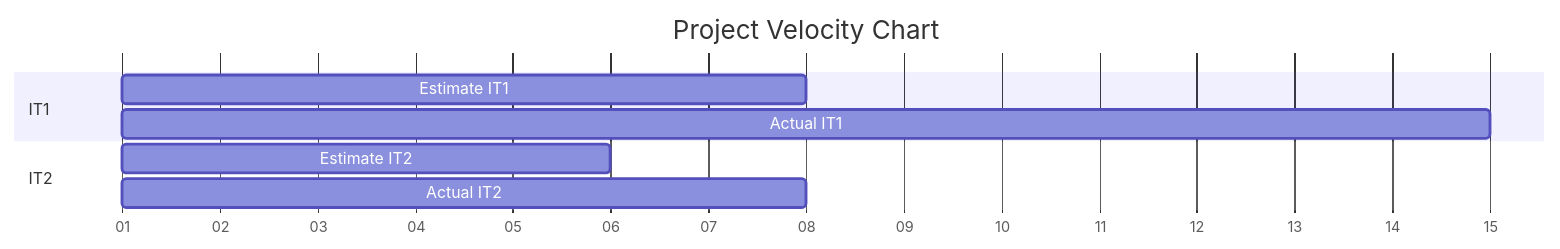
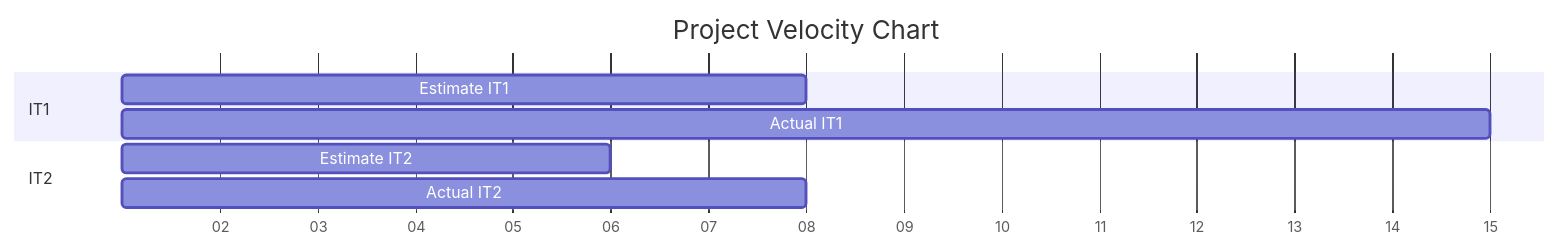
The diagram in docs/RETROSPECTIVE.md (khaledElgohary/high-school-hub), drawn with Mermaid before and after one commit.

Commit message:
Edit RETROSPECTIVE.md again

````diff
--- a/docs/RETROSPECTIVE.md
+++ b/docs/RETROSPECTIVE.md
@@ -24,12 +24,12 @@
 ```mermaid
 gantt
     title Project Velocity Chart
     dateFormat  X
     axisFormat %d
     section IT1
-        Estimate IT1    :0, 7d
-        Actual IT1      :0, 14d 
+        Estimate IT1    :1, 7d
+        Actual IT1      :1, 14d 
     section IT2
-        Estimate IT2    :0, 5d
-        Actual IT2      :0, 7d
+        Estimate IT2    :1, 5d
+        Actual IT2      :1, 7d
 ```
````
